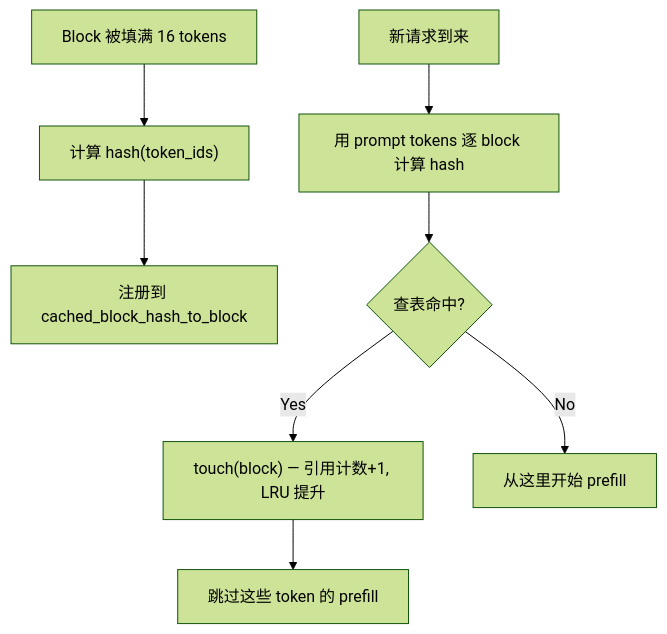
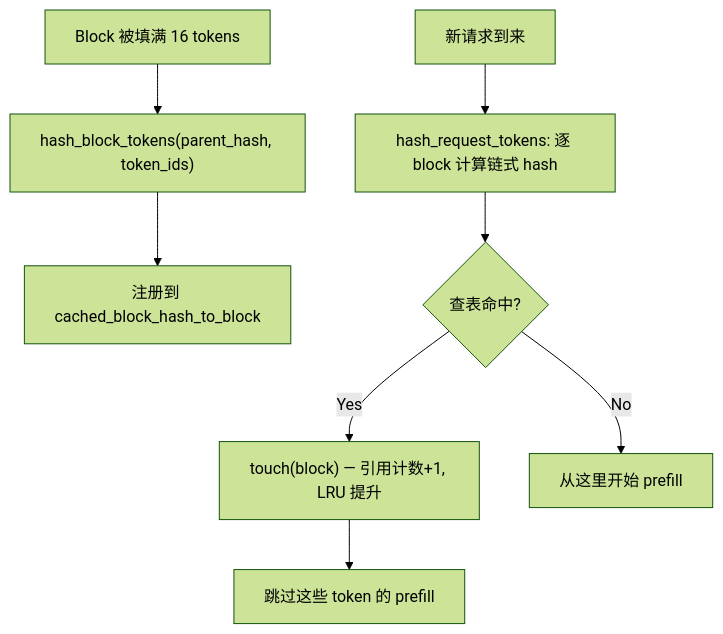
Before and after one commit to yaoc6620/ai-infra-site: the first of 2 diagrams in docs/knowledge/vllm/kv-cache.md, drawn with Mermaid (forest theme). The commit also changed other lines of this file and 1 other file, not shown here.

First line of the commit message:
docs: add prefix cache hash implementation, DSA, and MTP

````diff
--- a/docs/knowledge/vllm/kv-cache.md
+++ b/docs/knowledge/vllm/kv-cache.md
@@ -179,11 +238,11 @@
 ```mermaid
 flowchart TD
-    A[Block 被填满 16 tokens] --> B["计算 hash(token_ids)"]
+    A[Block 被填满 16 tokens] --> B["hash_block_tokens(parent_hash, token_ids)"]
     B --> C["注册到 cached_block_hash_to_block"]
 
-    D[新请求到来] --> E["用 prompt tokens 逐 block 计算 hash"]
+    D[新请求到来] --> E["hash_request_tokens: 逐 block 计算链式 hash"]
     E --> F{查表命中?}
     F --> |Yes| G["touch(block) — 引用计数+1, LRU 提升"]
     G --> H["跳过这些 token 的 prefill"]
     F --> |No| I["从这里开始 prefill"]
 ```
````
